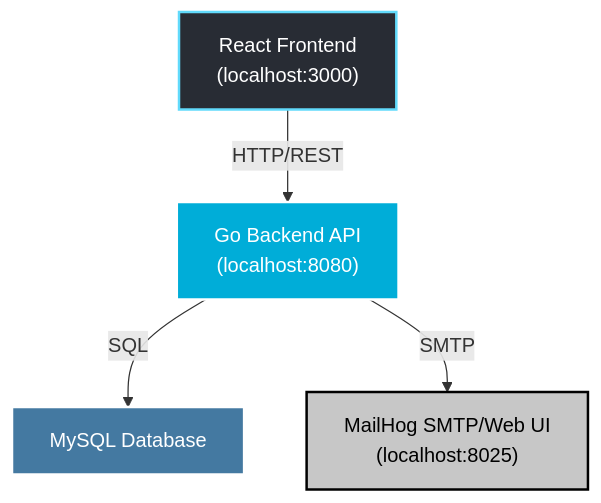
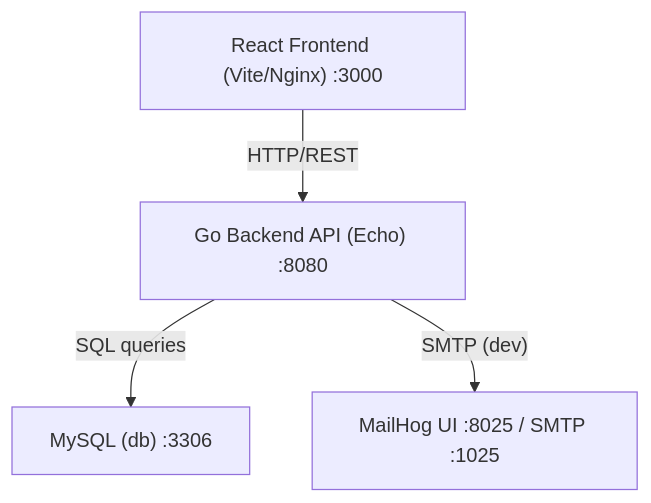
The diagram in README.md (EliranMalka1/secure-Comunication_LTD), drawn with Mermaid before and after one commit. The commit also changed other lines of this file, not shown here.

````diff
--- a/README.md
+++ b/README.md
@@ -5,11 +7,6 @@
 ```mermaid
 flowchart TD
-    A["React Frontend\n(localhost:3000)"] -->|HTTP/REST| B["Go Backend API\n(localhost:8080)"]
-    B -->|SQL| C["MySQL Database"]
-    B -->|SMTP| D["MailHog SMTP/Web UI\n(localhost:8025)"]
-
-    style A fill:#282c34,stroke:#61DAFB,stroke-width:2px,color:#fff
-    style B fill:#00ADD8,stroke:#fff,stroke-width:2px,color:#fff
-    style C fill:#4479A1,stroke:#fff,stroke-width:2px,color:#fff
-    style D fill:#c7c7c7,stroke:#000,stroke-width:2px,color:#000
+  A["React Frontend (Vite/Nginx) :3000"] -->|"HTTP/REST"| B["Go Backend API (Echo) :8080"]
+  B -->|"SQL queries"| C["MySQL (db) :3306"]
+  B -->|"SMTP (dev)"| D["MailHog UI :8025 / SMTP :1025"]
 ```
````
